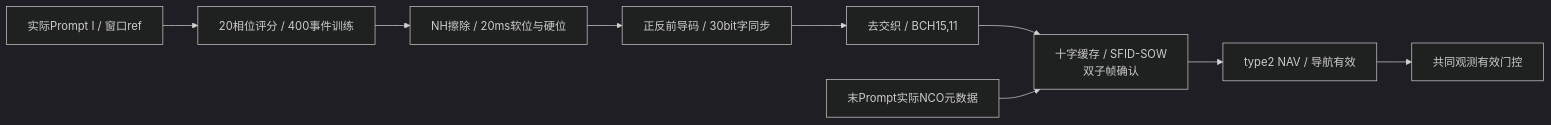
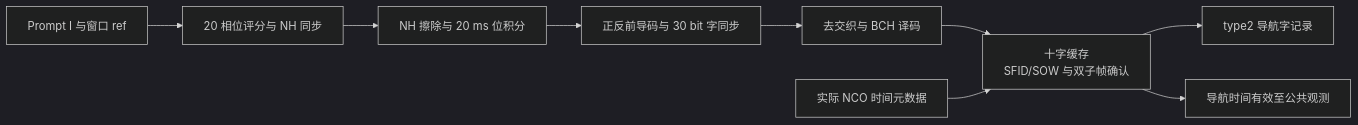
One commit to Ultramarine-1011/B1I_Receiver_EDA changed the diagram in docs/NH_D1_REPORT.md. Above: the diagram before and after it, drawn with Mermaid (dark theme). The commit also changed other lines of this file and 4 other files, not shown here.

````diff
--- a/docs/NH_D1_REPORT.md
+++ b/docs/NH_D1_REPORT.md
@@ -29,11 +34,11 @@
 ```mermaid
 flowchart LR
-    P[实际Prompt I / 窗口ref] --> NH[20相位评分 / 400事件训练]
-    NH --> BIT[NH擦除 / 20ms软位与硬位]
-    BIT --> SYNC[正反前导码 / 30bit字同步]
-    SYNC --> BCH[去交织 / BCH15,11]
-    BCH --> FRAME["十字缓存 / SFID-SOW<br/>双子帧确认"]
-    META[末Prompt实际NCO元数据] --> FRAME
-    FRAME --> NAV[type2 NAV / 导航有效]
-    NAV --> OBS[共同观测有效门控]
+    P[Prompt I 与窗口 ref] --> NH[20 相位评分与 NH 同步]
+    NH --> BIT[NH 擦除与 20 ms 位积分]
+    BIT --> SYNC[正反前导码与 30 bit 字同步]
+    SYNC --> BCH[去交织与 BCH 译码]
+    BCH --> FRAME["十字缓存<br/>SFID/SOW 与双子帧确认"]
+    META[实际 NCO 时间元数据] --> FRAME
+    FRAME --> NAV[type2 导航字记录]
+    FRAME --> VALID[导航时间有效至公共观测]
 ```
````
